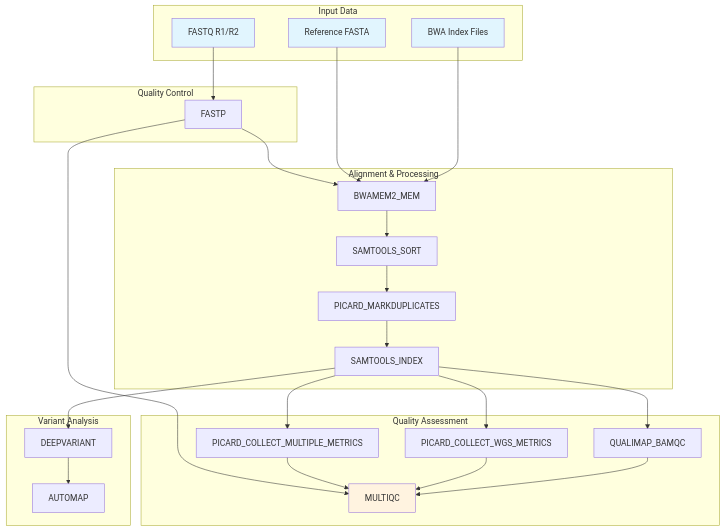
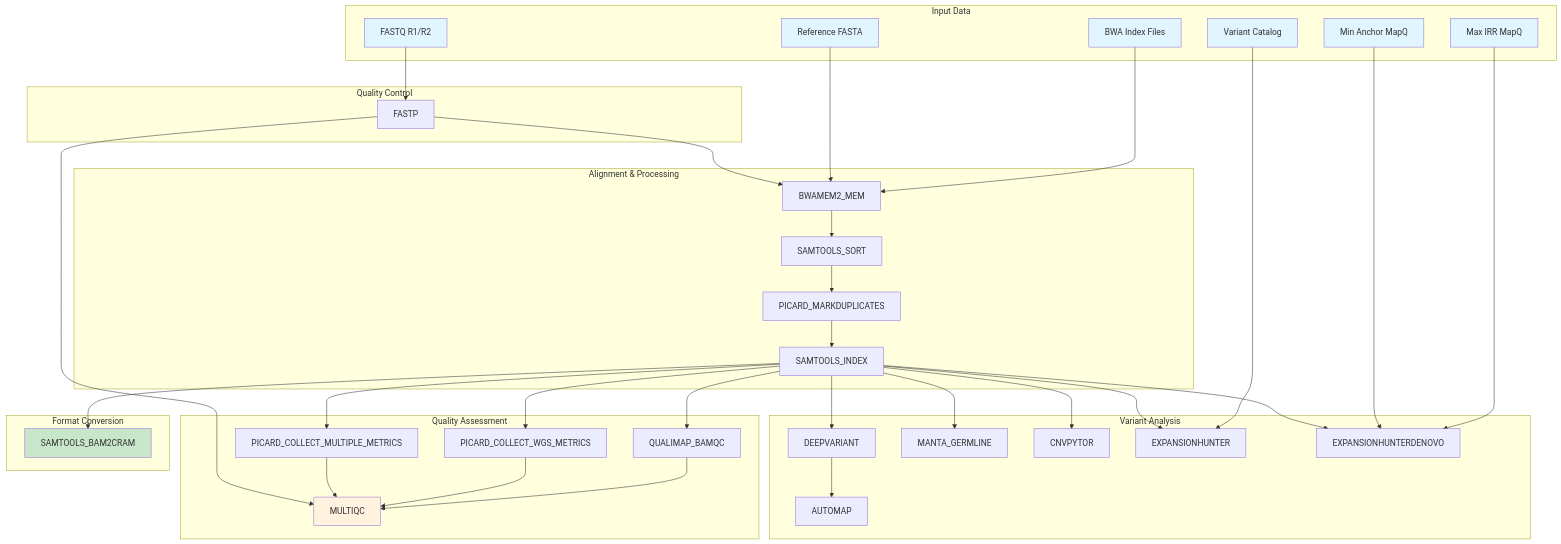
The diagram in README.md (uclanelsonlab/nl-wgs_wf), drawn with Mermaid before and after one commit.

Commit message:
Update Architecture diagram to include complete HPC workflow with all active processes

````diff
--- a/README.md
+++ b/README.md
@@ -42,57 +42,82 @@
 ```mermaid
 graph TD
     A[FASTQ R1/R2] --> B[FASTP]
     B --> C[BWAMEM2_MEM]
     D[Reference FASTA] --> C
     E[BWA Index Files] --> C
     
     C --> F[SAMTOOLS_SORT]
     F --> G[PICARD_MARKDUPLICATES]
     G --> H[SAMTOOLS_INDEX]
     
     H --> I[PICARD_COLLECT_MULTIPLE_METRICS]
     H --> J[PICARD_COLLECT_WGS_METRICS]
     H --> K[QUALIMAP_BAMQC]
     
     B --> L[MULTIQC]
     I --> L
     J --> L
     K --> L
     
     H --> M[DEEPVARIANT]
     M --> N[AUTOMAP]
     
+    H --> O[MANTA_GERMLINE]
+    H --> P[CNVPYTOR]
+    H --> Q[EXPANSIONHUNTER]
+    H --> R[EXPANSIONHUNTERDENOVO]
+    H --> S[SAMTOOLS_BAM2CRAM]
+    
+    T[Variant Catalog] --> Q
+    U[Min Anchor MapQ] --> R
+    V[Max IRR MapQ] --> R
+    
     subgraph "Input Data"
         A
         D
         E
+        T
+        U
+        V
     end
     
     subgraph "Quality Control"
         B
     end
     
     subgraph "Alignment & Processing"
         C
         F
         G
         H
     end
     
     subgraph "Quality Assessment"
         I
         J
         K
         L
     end
     
     subgraph "Variant Analysis"
         M
         N
+        O
+        P
+        Q
+        R
+    end
+    
+    subgraph "Format Conversion"
+        S
     end
     
     style A fill:#e1f5fe
     style D fill:#e1f5fe
     style E fill:#e1f5fe
+    style T fill:#e1f5fe
+    style U fill:#e1f5fe
+    style V fill:#e1f5fe
     style L fill:#fff3e0
+    style S fill:#c8e6c9
 ```
````
